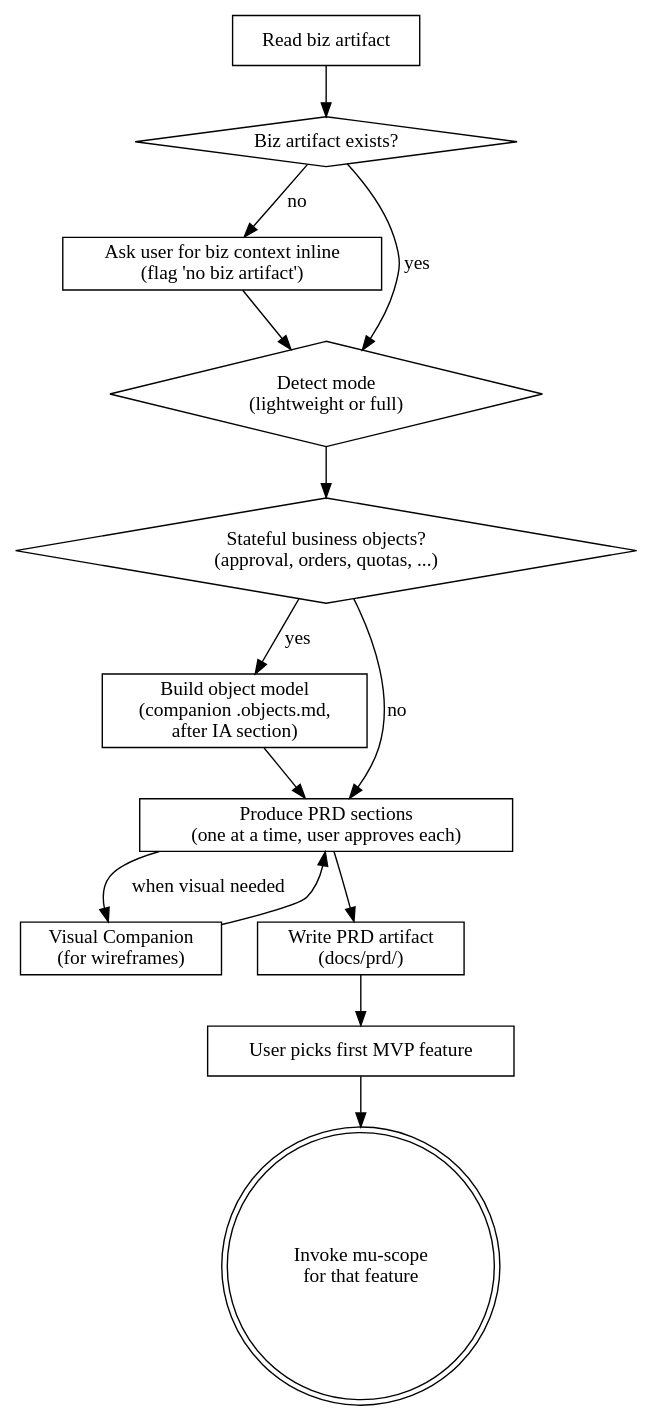
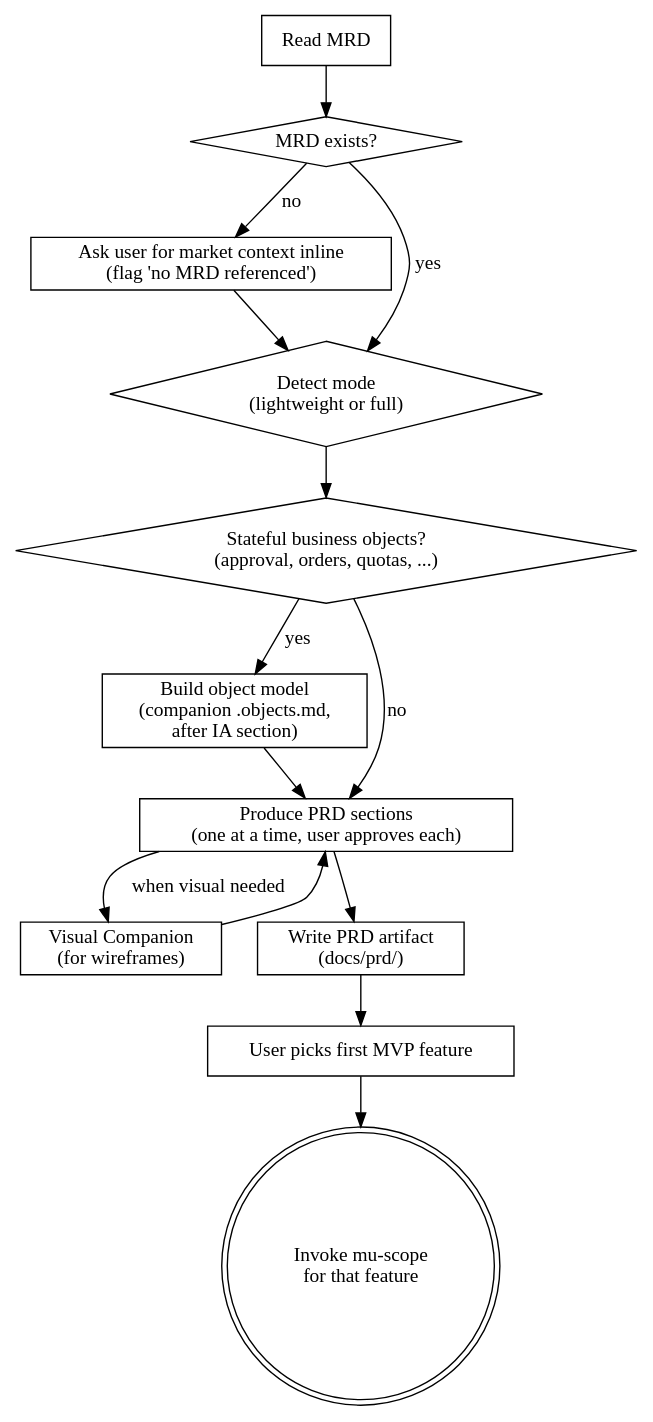
One commit to knotmark-ai/devmuse changed the diagram in skills/mu-prd/SKILL.md. Above: the diagram before and after it, drawn with Graphviz. The commit also changed other lines of this file and 6 other files, not shown here.

````diff
--- a/skills/mu-prd/SKILL.md
+++ b/skills/mu-prd/SKILL.md
@@ -73,29 +73,29 @@
 ```dot
 digraph mu_prd {
-    "Read biz artifact" [shape=box];
-    "Biz artifact exists?" [shape=diamond];
-    "Ask user for biz context inline\n(flag 'no biz artifact')" [shape=box];
+    "Read MRD" [shape=box];
+    "MRD exists?" [shape=diamond];
+    "Ask user for market context inline\n(flag 'no MRD referenced')" [shape=box];
     "Detect mode\n(lightweight or full)" [shape=diamond];
     "Stateful business objects?\n(approval, orders, quotas, ...)" [shape=diamond];
     "Build object model\n(companion .objects.md,\nafter IA section)" [shape=box];
     "Produce PRD sections\n(one at a time, user approves each)" [shape=box];
     "Visual Companion\n(for wireframes)" [shape=box];
     "Write PRD artifact\n(docs/prd/)" [shape=box];
     "User picks first MVP feature" [shape=box];
     "Invoke mu-scope\nfor that feature" [shape=doublecircle];
 
-    "Read biz artifact" -> "Biz artifact exists?";
-    "Biz artifact exists?" -> "Detect mode\n(lightweight or full)" [label="yes"];
-    "Biz artifact exists?" -> "Ask user for biz context inline\n(flag 'no biz artifact')" [label="no"];
-    "Ask user for biz context inline\n(flag 'no biz artifact')" -> "Detect mode\n(lightweight or full)";
+    "Read MRD" -> "MRD exists?";
+    "MRD exists?" -> "Detect mode\n(lightweight or full)" [label="yes"];
+    "MRD exists?" -> "Ask user for market context inline\n(flag 'no MRD referenced')" [label="no"];
+    "Ask user for market context inline\n(flag 'no MRD referenced')" -> "Detect mode\n(lightweight or full)";
     "Detect mode\n(lightweight or full)" -> "Stateful business objects?\n(approval, orders, quotas, ...)";
     "Stateful business objects?\n(approval, orders, quotas, ...)" -> "Build object model\n(companion .objects.md,\nafter IA section)" [label="yes"];
     "Stateful business objects?\n(approval, orders, quotas, ...)" -> "Produce PRD sections\n(one at a time, user approves each)" [label="no"];
     "Build object model\n(companion .objects.md,\nafter IA section)" -> "Produce PRD sections\n(one at a time, user approves each)";
     "Produce PRD sections\n(one at a time, user approves each)" -> "Visual Companion\n(for wireframes)" [label="when visual needed"];
     "Visual Companion\n(for wireframes)" -> "Produce PRD sections\n(one at a time, user approves each)";
     "Produce PRD sections\n(one at a time, user approves each)" -> "Write PRD artifact\n(docs/prd/)";
     "Write PRD artifact\n(docs/prd/)" -> "User picks first MVP feature";
     "User picks first MVP feature" -> "Invoke mu-scope\nfor that feature";
 }
 ```
````
